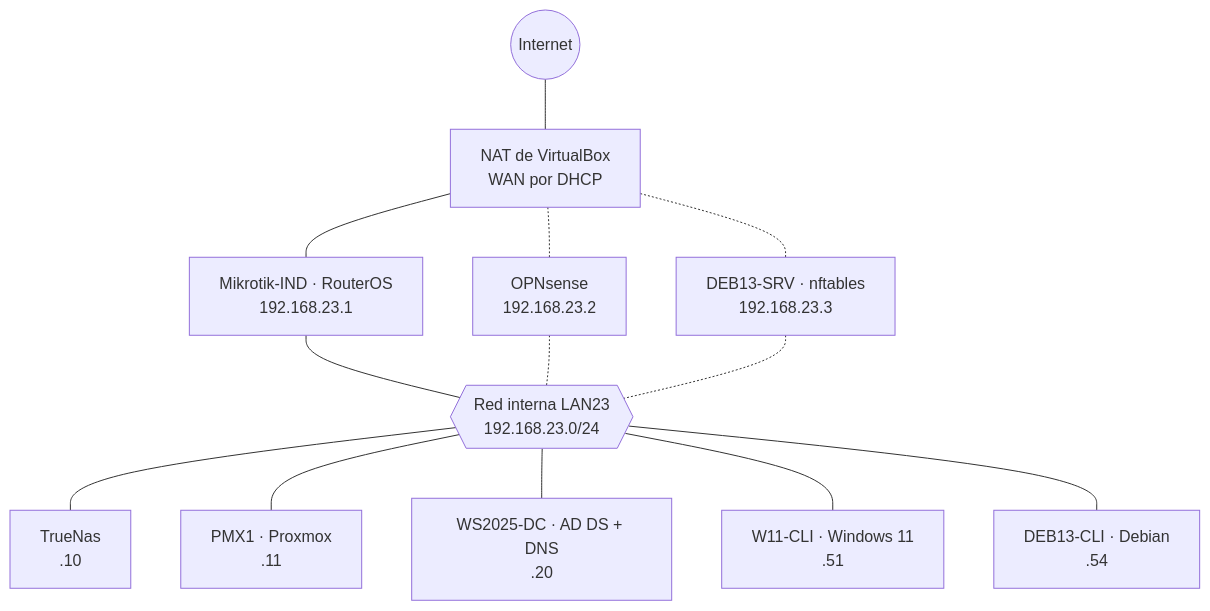
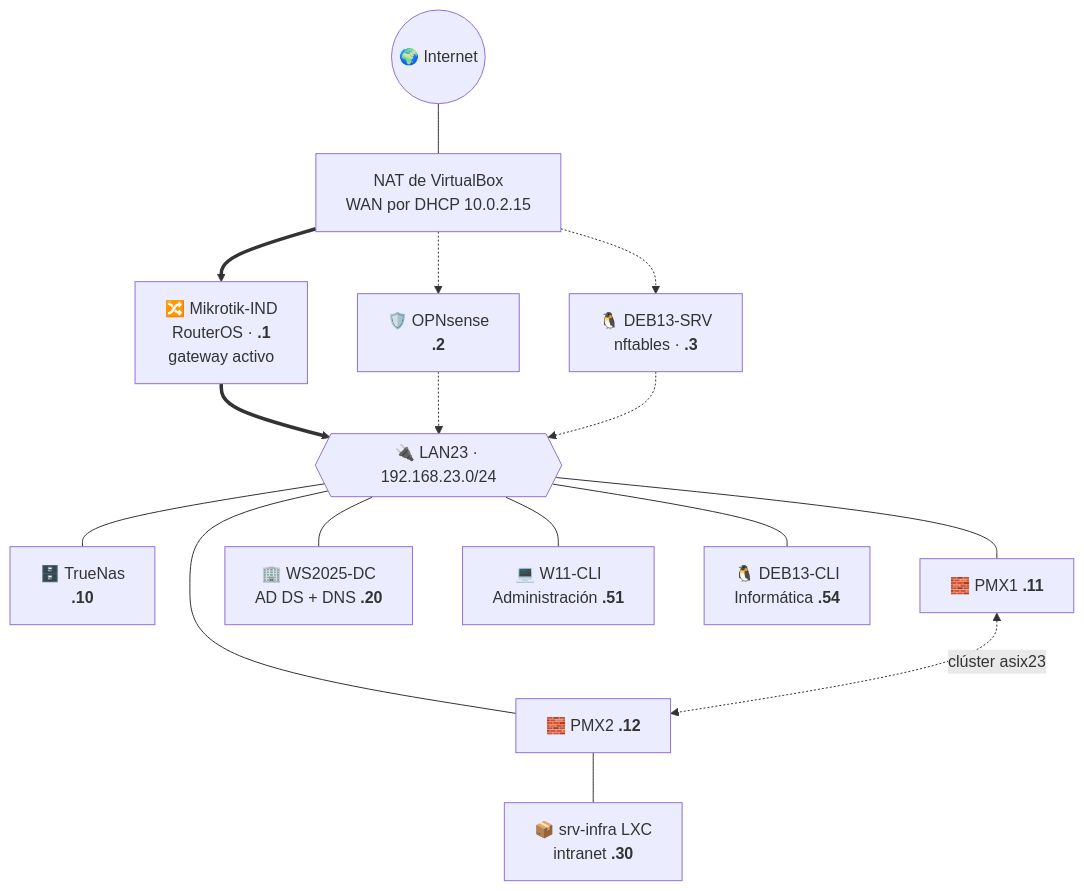
One commit to ethan3232/iso-naix-un-sistema-individual changed the diagram in README.md. Above: the diagram before and after it, drawn with Mermaid. The commit also changed other lines of this file and 2 other files, not shown here.

Commit message:
README de portada rediseñado, documentación de OPNsense y clientes, estado actualizado

````diff
--- a/README.md
+++ b/README.md
@@ -34,15 +36,18 @@
 ```mermaid
 flowchart TB
-    INET((Internet)) --- NAT[NAT de VirtualBox<br/>WAN por DHCP]
-    NAT --- MK[Mikrotik-IND · RouterOS<br/>192.168.23.1]
-    NAT -.- OPN[OPNsense<br/>192.168.23.2]
-    NAT -.- DEB[DEB13-SRV · nftables<br/>192.168.23.3]
-    MK --- SW{{Red interna LAN23<br/>192.168.23.0/24}}
-    OPN -.- SW
-    DEB -.- SW
-    SW --- NAS[TrueNas<br/>.10]
-    SW --- PVE1[PMX1 · Proxmox<br/>.11]
-    SW --- DC[WS2025-DC · AD DS + DNS<br/>.20]
-    SW --- C1[W11-CLI · Windows 11<br/>.51]
-    SW --- C2[DEB13-CLI · Debian<br/>.54]
+    INET((🌍 Internet)) --- NAT[NAT de VirtualBox<br/>WAN por DHCP 10.0.2.15]
+    NAT ==> MK[🔀 Mikrotik-IND<br/>RouterOS · <b>.1</b><br/>gateway activo]
+    NAT -.-> OPN[🛡️ OPNsense<br/><b>.2</b>]
+    NAT -.-> DEB[🐧 DEB13-SRV<br/>nftables · <b>.3</b>]
+    MK ==> SW{{"🔌 LAN23 · 192.168.23.0/24"}}
+    OPN -.-> SW
+    DEB -.-> SW
+    SW --- NAS[🗄️ TrueNas<br/><b>.10</b>]
+    SW --- PVE1[🧱 PMX1 <b>.11</b>]
+    SW --- PVE2[🧱 PMX2 <b>.12</b>]
+    PVE1 <-. clúster asix23 .-> PVE2
+    PVE2 --- CT[📦 srv-infra LXC<br/>intranet <b>.30</b>]
+    SW --- DC[🏢 WS2025-DC<br/>AD DS + DNS <b>.20</b>]
+    SW --- C1[💻 W11-CLI<br/>Administración <b>.51</b>]
+    SW --- C2[🐧 DEB13-CLI<br/>Informática <b>.54</b>]
 ```
````
